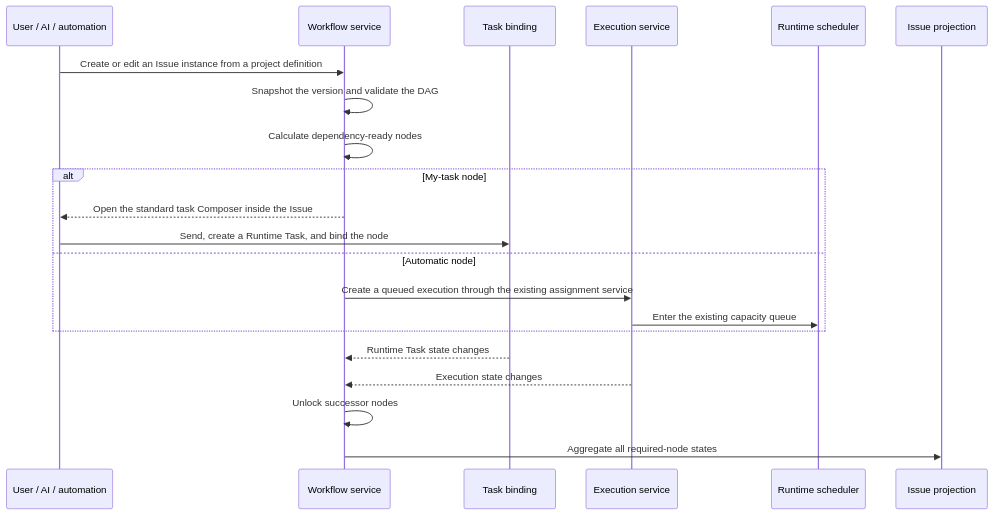
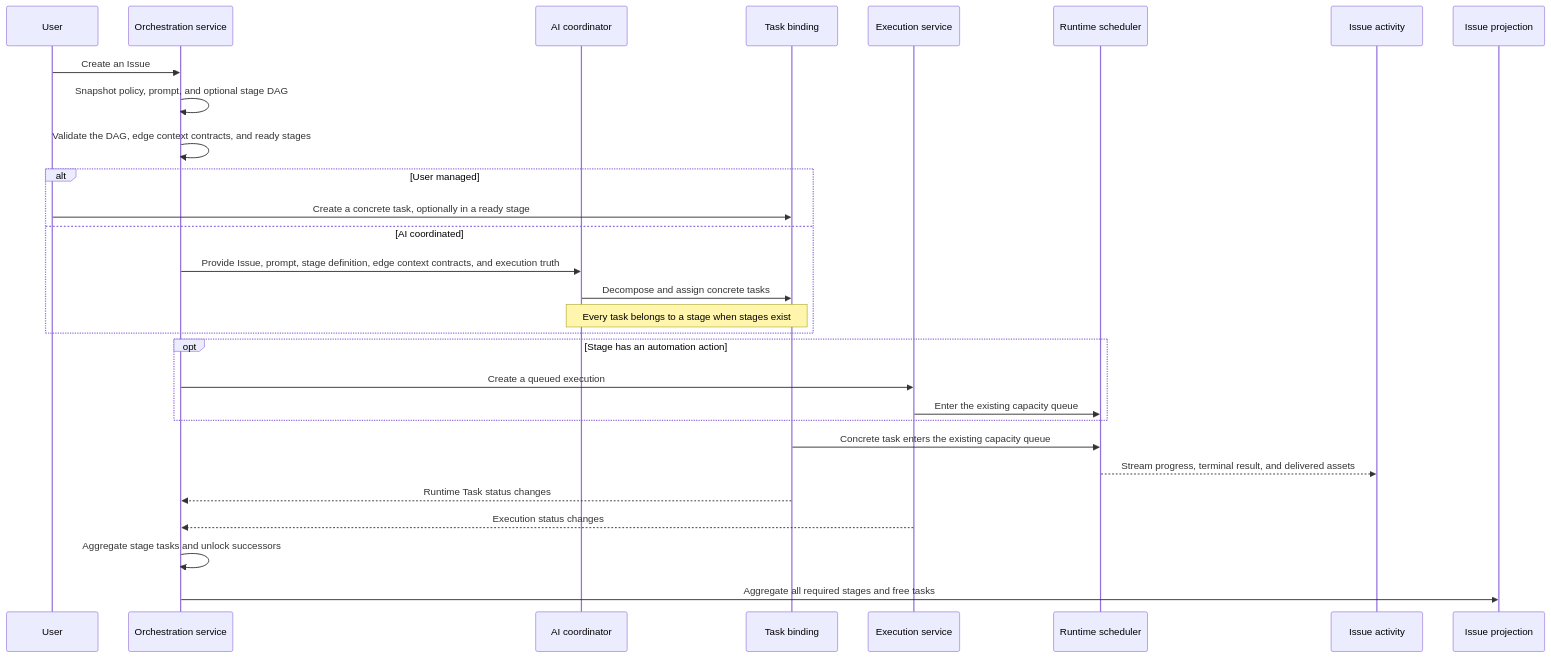
One commit to wecode-ai/Wegent changed the second of 2 diagrams in docs/en/architecture/issue-task-workflow.md. Above: the diagram before and after it, drawn with Mermaid. The commit also changed other lines of this file and 41 other files, not shown here.

Commit message:
feat(wework): redesign issue task orchestration

````diff
--- a/docs/en/architecture/issue-task-workflow.md
+++ b/docs/en/architecture/issue-task-workflow.md
@@ -26,24 +39,32 @@
 ```mermaid
 sequenceDiagram
-    participant U as User / AI / automation
-    participant W as Workflow service
+    participant U as User
+    participant O as Orchestration service
+    participant A as AI coordinator
     participant B as Task binding
     participant E as Execution service
     participant R as Runtime scheduler
+    participant D as Issue activity
     participant I as Issue projection
 
-    U->>W: Create or edit an Issue instance from a project definition
-    W->>W: Snapshot the version and validate the DAG
-    W->>W: Calculate dependency-ready nodes
-    alt My-task node
-        W-->>U: Open the standard task Composer inside the Issue
-        U->>B: Send, create a Runtime Task, and bind the node
-    else Automatic node
-        W->>E: Create a queued execution through the existing assignment service
+    U->>O: Create an Issue
+    O->>O: Snapshot policy, prompt, and optional stage DAG
+    O->>O: Validate the DAG, edge context contracts, and ready stages
+    alt User managed
+        U->>B: Create a concrete task, optionally in a ready stage
+    else AI coordinated
+        O->>A: Provide Issue, prompt, stage definition, edge context contracts, and execution truth
+        A->>B: Decompose and assign concrete tasks
+        Note over A,B: Every task belongs to a stage when stages exist
+    end
+    opt Stage has an automation action
+        O->>E: Create a queued execution
         E->>R: Enter the existing capacity queue
     end
-    B-->>W: Runtime Task state changes
-    E-->>W: Execution state changes
-    W->>W: Unlock successor nodes
-    W->>I: Aggregate all required-node states
+    B->>R: Concrete task enters the existing capacity queue
+    R-->>D: Stream progress, terminal result, and delivered assets
+    B-->>O: Runtime Task status changes
+    E-->>O: Execution status changes
+    O->>O: Aggregate stage tasks and unlock successors
+    O->>I: Aggregate all required stages and free tasks
 ```
````
